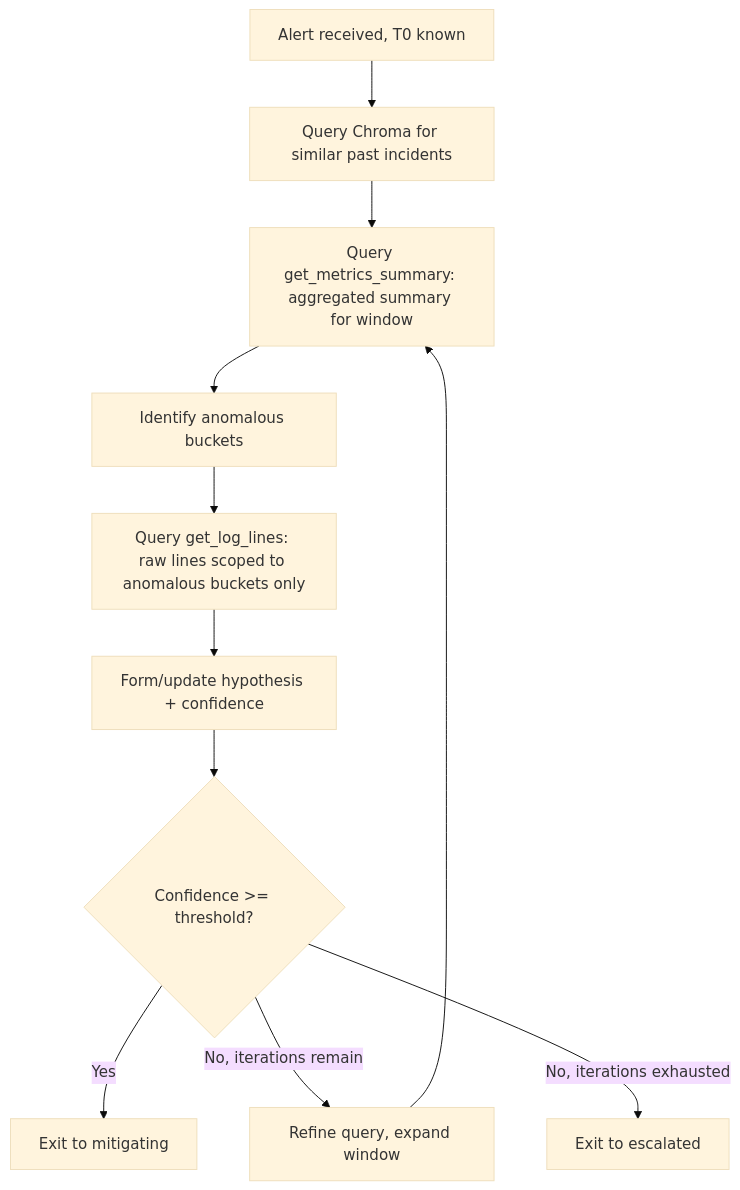
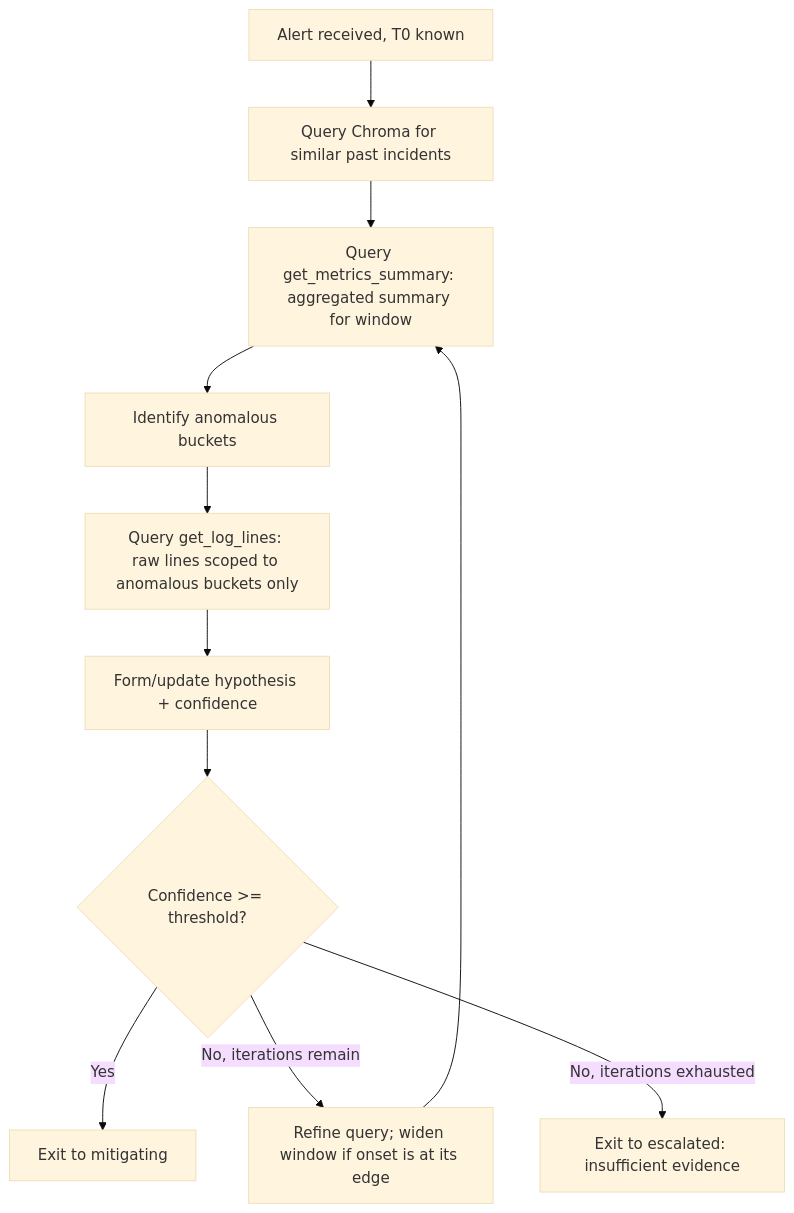
The second of 5 diagrams in docs/spec-and-architecture.md (ohadraz/Argus), drawn with Mermaid (base theme) before and after one commit. The commit also changed other lines of this file and 52 other files, not shown here.

````diff
--- a/docs/spec-and-architecture.md
+++ b/docs/spec-and-architecture.md
@@ -191,13 +191,13 @@
 ```mermaid
 flowchart TD
     A[Alert received, T0 known] --> B[Query Chroma for similar past incidents]
     B --> C[Query get_metrics_summary: aggregated summary for window]
     C --> D[Identify anomalous buckets]
     D --> E[Query get_log_lines: raw lines scoped to anomalous buckets only]
     E --> F[Form/update hypothesis + confidence]
     F --> G{Confidence >= threshold?}
     G -->|Yes| H[Exit to mitigating]
-    G -->|No, iterations remain| I[Refine query, expand window]
+    G -->|No, iterations remain| I[Refine query; widen window if onset is at its edge]
     I --> C
-    G -->|No, iterations exhausted| J[Exit to escalated]
+    G -->|No, iterations exhausted| J[Exit to escalated: insufficient evidence]
 ```
````
